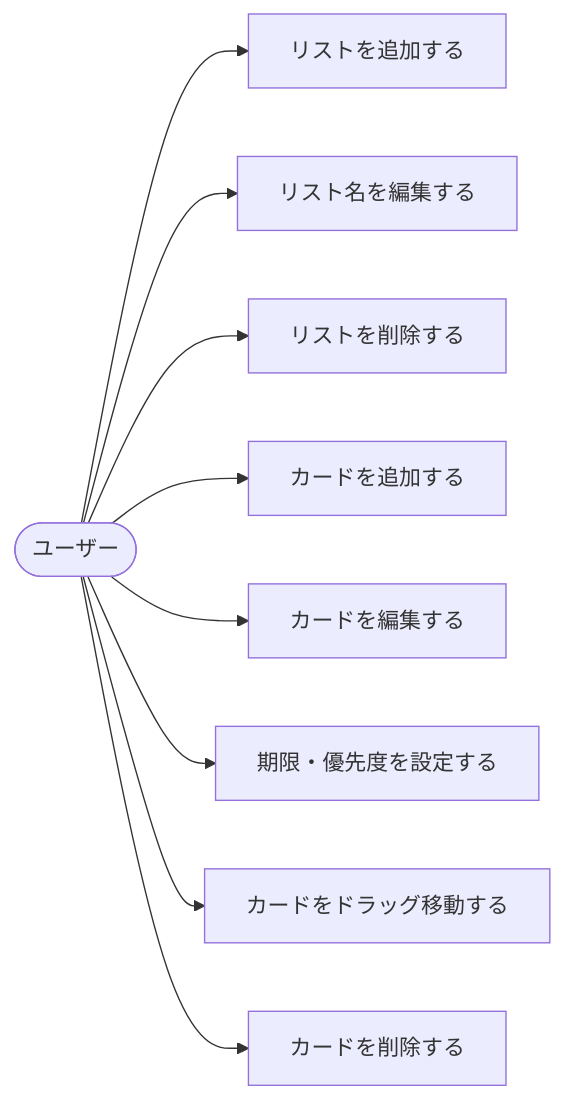
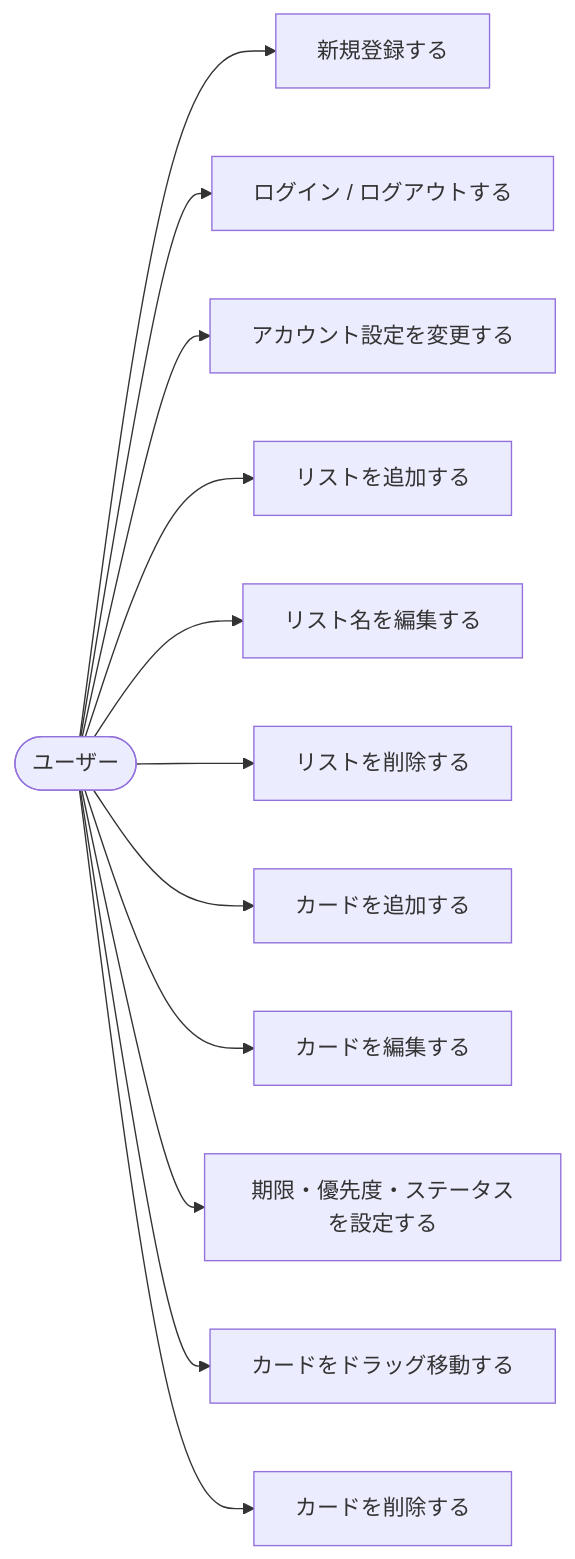
Before and after one commit to akki-secure/TaskManagement: the first of 3 diagrams in docs/requirements.md, drawn with Mermaid. The commit also changed other lines of this file and 2 other files, not shown here.

````diff
--- a/docs/requirements.md
+++ b/docs/requirements.md
@@ -128,12 +144,15 @@
 ```mermaid
 flowchart LR
   U([ユーザー])
+  U --> A0[新規登録する]
+  U --> A1[ログイン / ログアウトする]
+  U --> A2[アカウント設定を変更する]
   U --> A[リストを追加する]
   U --> B[リスト名を編集する]
   U --> C[リストを削除する]
   U --> D[カードを追加する]
   U --> E[カードを編集する]
-  U --> F[期限・優先度を設定する]
+  U --> F[期限・優先度・ステータスを設定する]
   U --> G[カードをドラッグ移動する]
   U --> H[カードを削除する]
 ```
````
